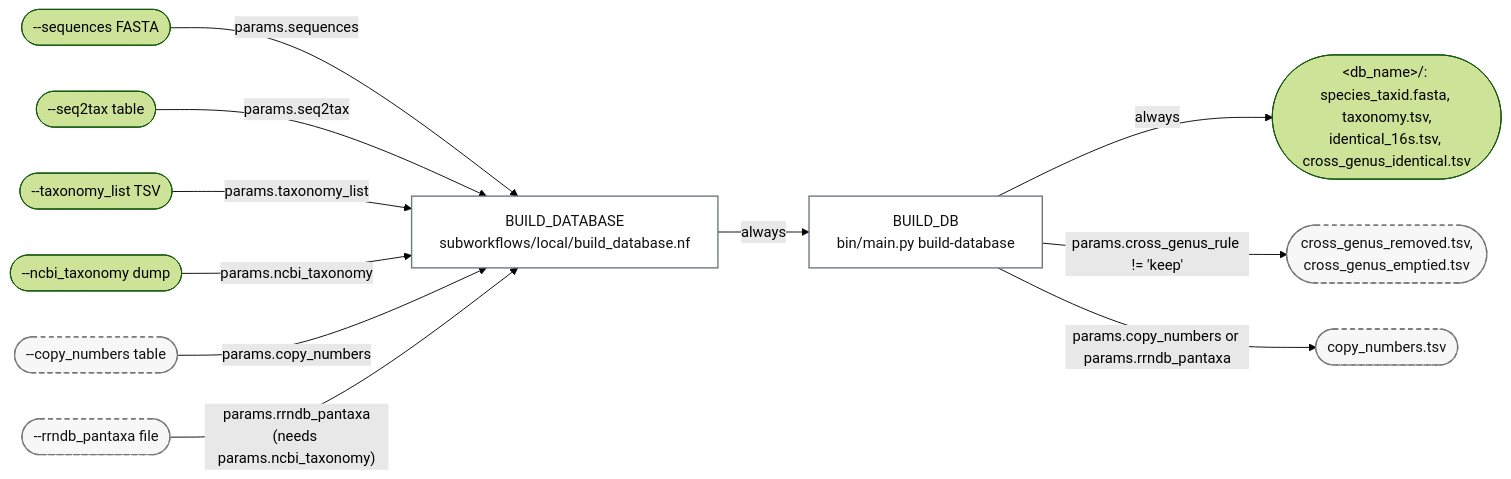
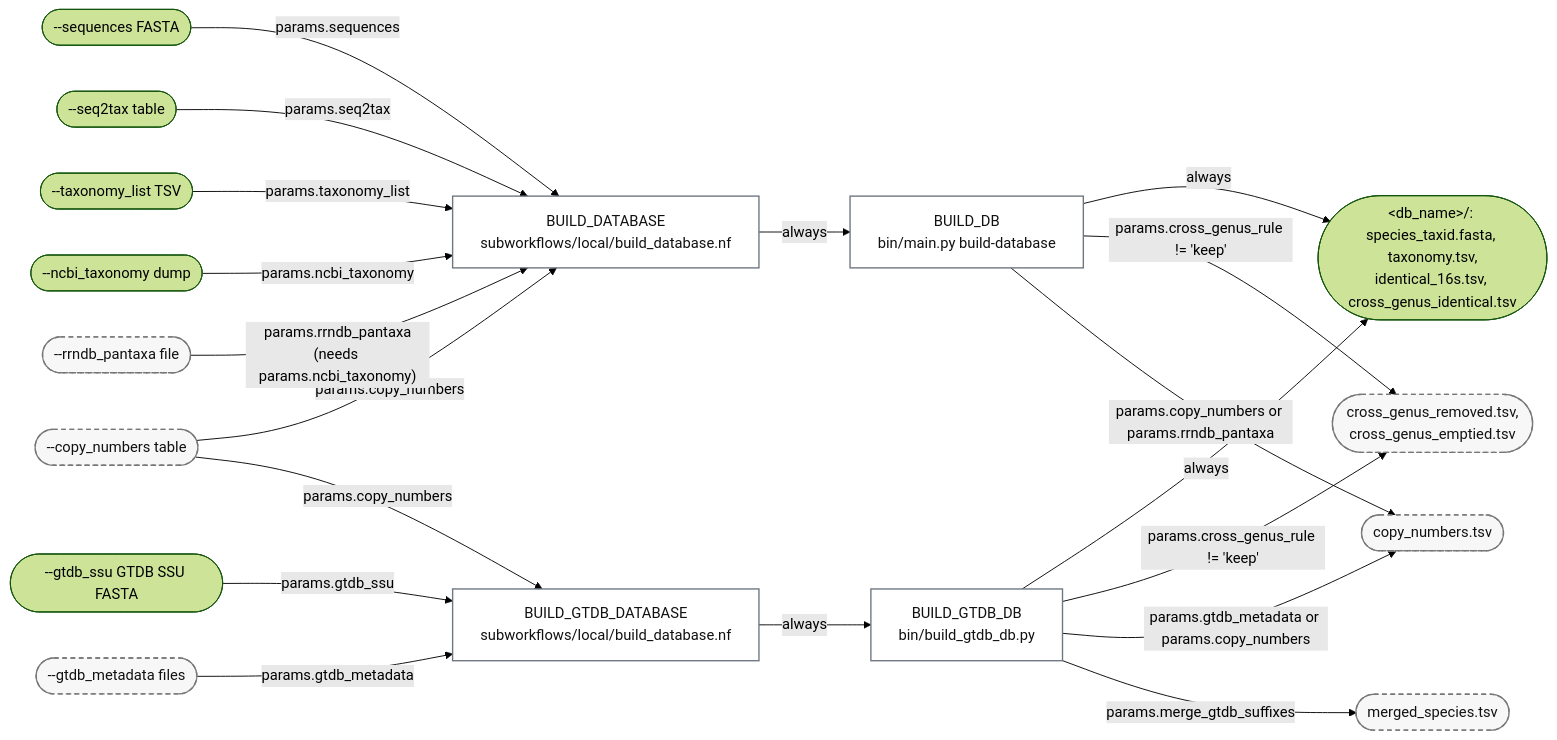
The second of 4 diagrams in docs/workflow.md (microbialds/NanoVI), drawn with Mermaid (forest theme) before and after one commit. The commit also changed other lines of this file and 12 other files, not shown here.

First line of the commit message:
feat: build a GTDB database with --cmd build-database --gtdb_ssu (F62)

````diff
--- a/docs/workflow.md
+++ b/docs/workflow.md
@@ -94,18 +94,26 @@
 ```mermaid
 flowchart LR
     Seqs(["--sequences FASTA"]) -->|"params.sequences"| BUILD_DATABASE
     Seq2tax(["--seq2tax table"]) -->|"params.seq2tax"| BUILD_DATABASE
     TaxList(["--taxonomy_list TSV"]) -->|"params.taxonomy_list"| BUILD_DATABASE
     Ncbi(["--ncbi_taxonomy dump"]) -->|"params.ncbi_taxonomy"| BUILD_DATABASE
     CopyTable(["--copy_numbers table"]) -->|"params.copy_numbers"| BUILD_DATABASE
     Rrndb(["--rrndb_pantaxa file"]) -->|"params.rrndb_pantaxa<br/>(needs params.ncbi_taxonomy)"| BUILD_DATABASE
     BUILD_DATABASE["BUILD_DATABASE<br/>subworkflows/local/build_database.nf"] -->|"always"| BUILD_DB["BUILD_DB<br/>bin/main.py build-database"]
     BUILD_DB -->|"always"| DbDir(["#lt;db_name#gt;/: species_taxid.fasta, taxonomy.tsv,<br/>identical_16s.tsv, cross_genus_identical.tsv"])
     BUILD_DB -->|"params.cross_genus_rule != 'keep'"| Removed(["cross_genus_removed.tsv,<br/>cross_genus_emptied.tsv"])
     BUILD_DB -->|"params.copy_numbers or params.rrndb_pantaxa"| Cn(["copy_numbers.tsv"])
+    Ssu(["--gtdb_ssu GTDB SSU FASTA"]) -->|"params.gtdb_ssu"| BUILD_GTDB_DATABASE
+    GtdbMeta(["--gtdb_metadata files"]) -->|"params.gtdb_metadata"| BUILD_GTDB_DATABASE
+    CopyTable -->|"params.copy_numbers"| BUILD_GTDB_DATABASE
+    BUILD_GTDB_DATABASE["BUILD_GTDB_DATABASE<br/>subworkflows/local/build_database.nf"] -->|"always"| BUILD_GTDB_DB["BUILD_GTDB_DB<br/>bin/build_gtdb_db.py"]
+    BUILD_GTDB_DB -->|"always"| DbDir
+    BUILD_GTDB_DB -->|"params.cross_genus_rule != 'keep'"| Removed
+    BUILD_GTDB_DB -->|"params.gtdb_metadata or params.copy_numbers"| Cn
+    BUILD_GTDB_DB -->|"params.merge_gtdb_suffixes"| Merged(["merged_species.tsv"])
 
     classDef cmd fill:#FFFFFF,stroke:#6E7781,stroke-width:1.5px,color:#111
     classDef opt fill:#F7F7F7,stroke:#777,stroke-width:1.5px,stroke-dasharray:5 4,color:#111
-    class BUILD_DATABASE,BUILD_DB cmd
-    class CopyTable,Rrndb,Removed,Cn opt
+    class BUILD_DATABASE,BUILD_DB,BUILD_GTDB_DATABASE,BUILD_GTDB_DB cmd
+    class CopyTable,Rrndb,Removed,Cn,GtdbMeta,Merged opt
 ```
````
